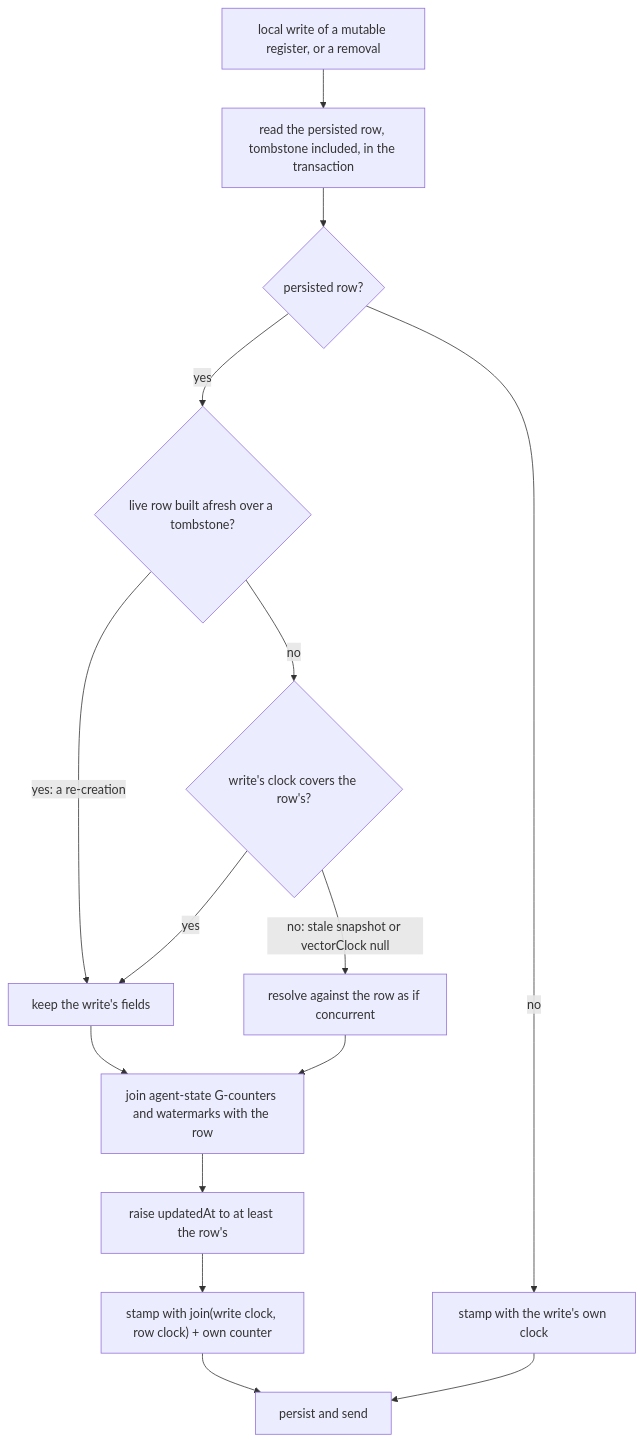
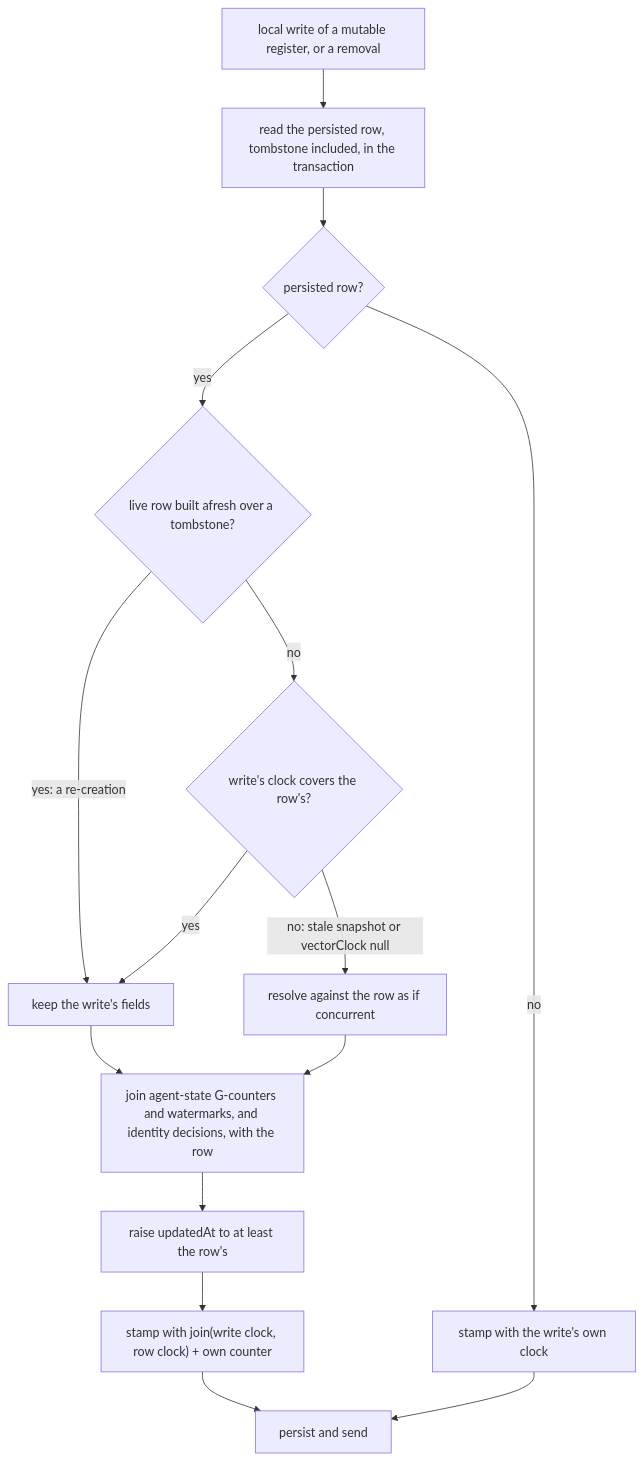
The fifth of 5 diagrams in knowledge/features/sync/vector-clocks-and-conflicts.md (matthiasn/lotti), drawn with Mermaid before and after one commit. The commit also changed other lines of this file and 39 other files, not shown here.

````diff
--- a/knowledge/features/sync/vector-clocks-and-conflicts.md
+++ b/knowledge/features/sync/vector-clocks-and-conflicts.md
@@ -657,17 +661,17 @@
 ```mermaid
 flowchart TD
   W[local write of a mutable register, or a removal] --> R["read the persisted row, tombstone included, in the transaction"]
   R --> P{persisted row?}
   P -- no --> S[stamp with the write's own clock]
   P -- yes --> Q{"live row built afresh over a tombstone?"}
   Q -- "yes: a re-creation" --> F[keep the write's fields]
   Q -- no --> C{write's clock covers the row's?}
   C -- yes --> F
   C -- "no: stale snapshot or vectorClock null" --> M[resolve against the row as if concurrent]
-  F --> J[join agent-state G-counters and watermarks with the row]
+  F --> J[join agent-state G-counters and watermarks, and identity decisions, with the row]
   M --> J
   J --> T[raise updatedAt to at least the row's]
   T --> V["stamp with join(write clock, row clock) + own counter"]
   V --> O[persist and send]
   S --> O
 ```
````
